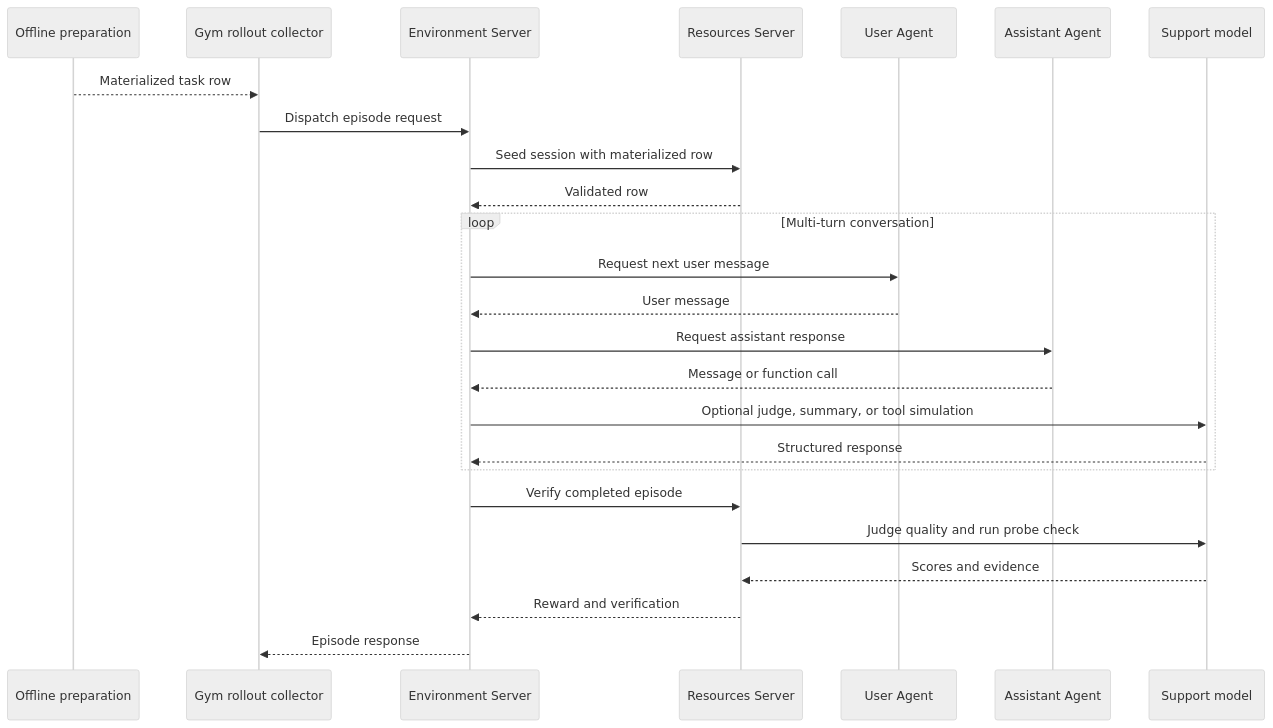
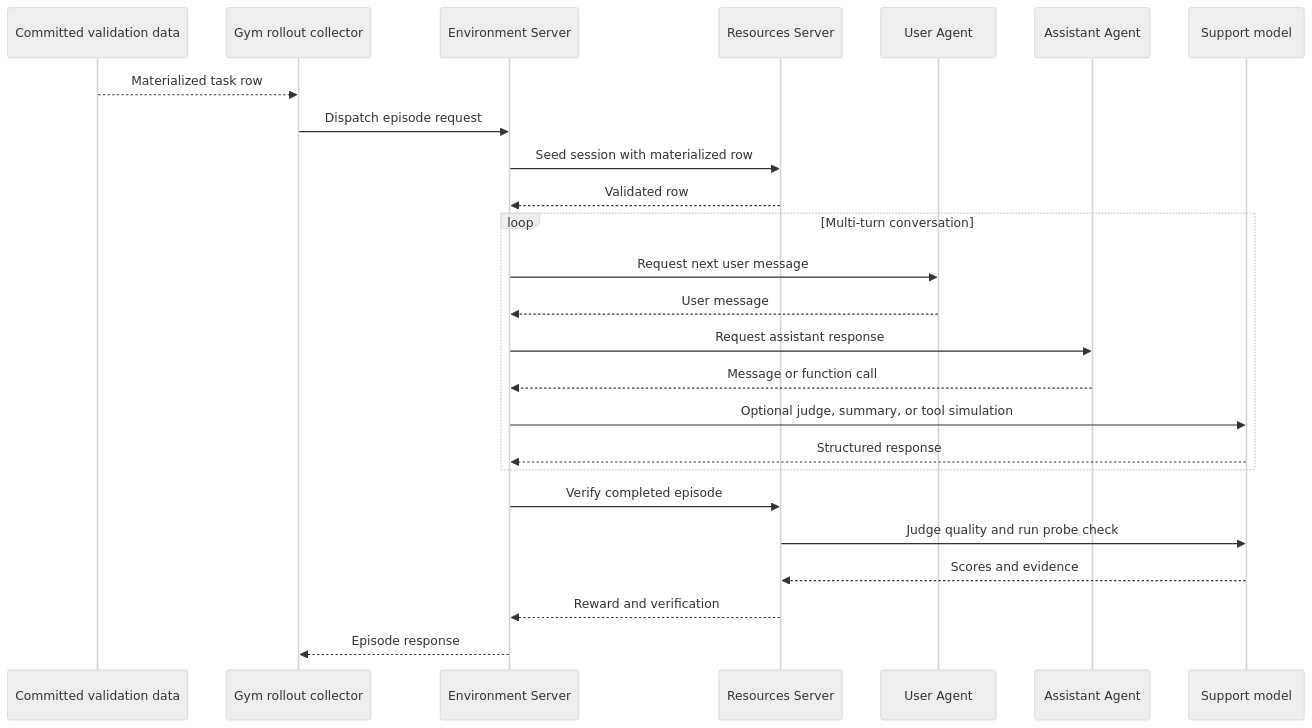
The diagram in fern/versions/latest/pages/evaluation-tutorials/usersim-rollout-collection.mdx (kashif/nemo-gym), drawn with Mermaid (neutral theme) before and after one commit. The commit also changed other lines of this file and 4 other files, not shown here.

````diff
--- a/fern/versions/latest/pages/evaluation-tutorials/usersim-rollout-collection.mdx
+++ b/fern/versions/latest/pages/evaluation-tutorials/usersim-rollout-collection.mdx
@@ -24,28 +24,28 @@
 ```mermaid
 sequenceDiagram
-    participant P as Offline preparation
+    participant P as Committed validation data
     participant C as Gym rollout collector
     participant E as Environment Server
     participant R as Resources Server
     participant U as User Agent
     participant A as Assistant Agent
     participant S as Support model
 
     P-->>C: Materialized task row
     C->>E: Dispatch episode request
     E->>R: Seed session with materialized row
     R-->>E: Validated row
     loop Multi-turn conversation
         E->>U: Request next user message
         U-->>E: User message
         E->>A: Request assistant response
         A-->>E: Message or function call
         E->>S: Optional judge, summary, or tool simulation
         S-->>E: Structured response
     end
     E->>R: Verify completed episode
     R->>S: Judge quality and run probe check
     S-->>R: Scores and evidence
     R-->>E: Reward and verification
     E-->>C: Episode response
 ```
````
